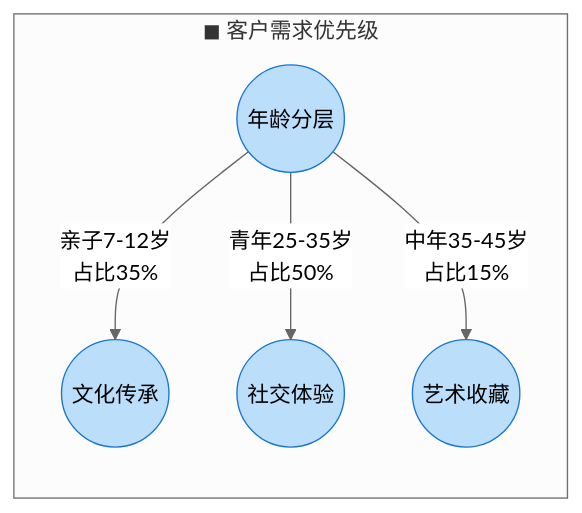
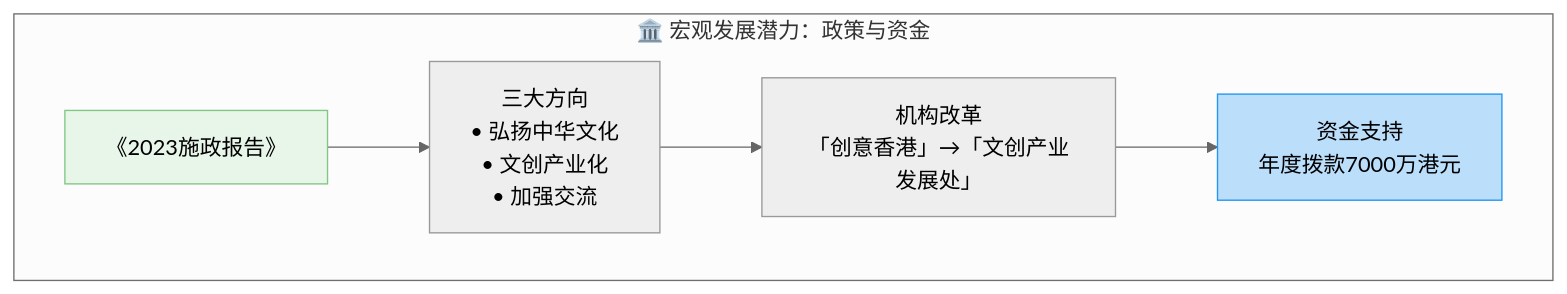
One commit to NaturalRice/git-demo changed the first of 3 diagrams in README.md. Above: the diagram before and after it, drawn with Mermaid (neutral theme). The commit also changed other lines of this file, not shown here.

````diff
--- a/README.md
+++ b/README.md
@@ -92,16 +6,11 @@
 ```mermaid
-flowchart LR
-    classDef bubble fill:#bbdefb,stroke:#1976d2
-    classDef text fill:transparent,stroke:transparent
-
-    subgraph 需求强度["◼ 客户需求优先级"]
-        direction TB
-        A(("年龄分层")):::bubble --> |"亲子7-12岁\n占比35%"| B(("文化传承")):::bubble
-        A --> |"青年25-35岁\n占比50%"| C(("社交体验")):::bubble
-        A --> |"中年35-45岁\n占比15%"| D(("艺术收藏")):::bubble
-        style A width:120px,height:120px
-        style B width:90px,height:90px
-        style C width:110px,height:110px
-        style D width:80px,height:80px
+flowchart TB
+    subgraph 政策支持["🏛️ 宏观发展潜力：政策与资金"]
+        direction LR
+        A[《2023施政报告》] --> B["三大方向\n• 弘扬中华文化\n• 文创产业化\n• 加强交流"]
+        B --> C["机构改革\n「创意香港」→「文创产业发展处」"]
+        C --> D["资金支持\n年度拨款7000万港元"]
+        style A fill:#e8f5e9,stroke:#81c784
+        style D fill:#bbdefb,stroke:#2196f3
     end
 ```
````
